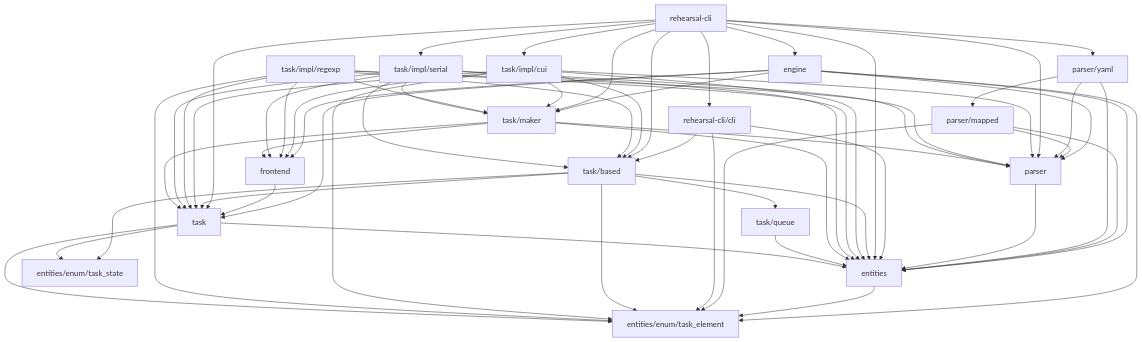
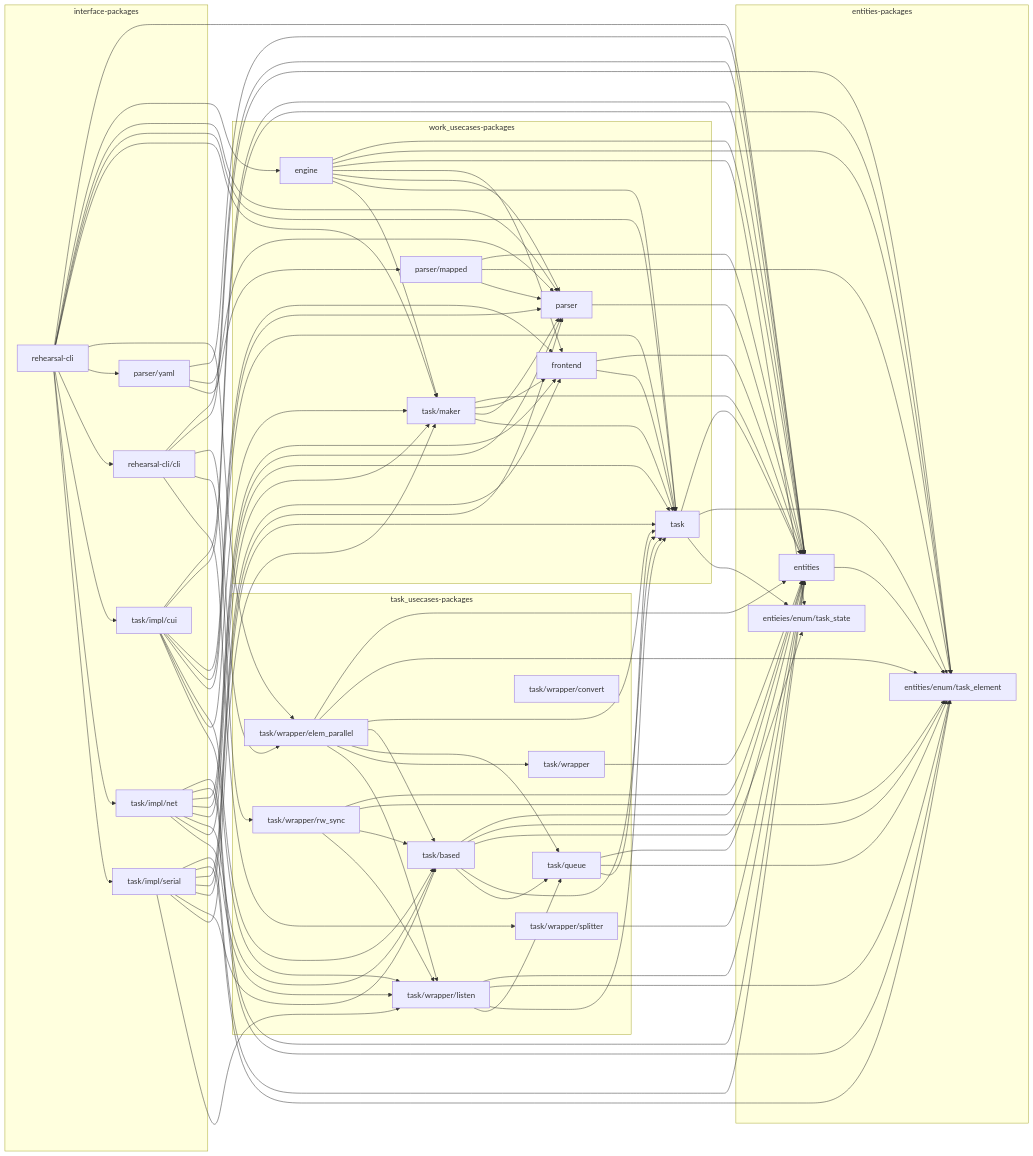
One commit to rehearsal-open/rehearsal changed the diagram in readme.md. Above: the diagram before and after it, drawn with Mermaid. The commit also changed other lines of this file, not shown here.

Commit message:
依存関係表を更新し、縦長にした

````diff
--- a/readme.md
+++ b/readme.md
@@ -52,66 +52,75 @@
 ```mermaid
-graph TD
+graph LR
 
-engine --> entities
-engine --> entities/enum/task_element
-engine --> frontend
-engine --> parser
-engine --> task
-engine --> task/maker
-entities --> entities/enum/task_element
+subgraph entities-packages
+  entities[entities]
+  task_element[entities/enum/task_element]
+  task_state[entieies/enum/task_state]
+end
+
+subgraph task_usecases-packages
+  based[task/based]
+  wrapper[task/wrapper]
+  queue[task/queue]
+  convert[task/wrapper/convert]
+  elem_parallel[task/wrapper/elem_parallel]
+  listen[task/wrapper/listen]
+  rw_sync[task/wrapper/rw_sync]
+  splitter[task/wrapper/splitter]
+end
+
+subgraph work_usecases-packages
+  parser[parser]
+  frontend[frontend]
+  task[task]
+  engine[engine]
+  mapped[parser/mapped]
+  maker[task/maker]
+end
+
+subgraph interface-packages
+  yaml[parser/yaml]
+  cui[task/impl/cui]
+  net[task/impl/net]
+  serial[task/impl/serial]
+  main[rehearsal-cli]
+  cli[rehearsal-cli/cli]
+end
+
+engine --> entities & task_element & task_state
+engine --> frontend & parser & task & maker
+entities --> task_element
+frontend --> entities
 frontend --> task
-parser/mapped --> entities
-parser/mapped --> entities/enum/task_element
-parser/mapped --> parser
-parser/yaml --> entities
-parser/yaml --> parser
-parser/yaml --> parser/mapped
+mapped --> entities & task_element
+mapped --> parser
+yaml --> entities
+yaml --> parser & mapped
 parser --> entities
-rehearsal-cli/cli --> entities
-rehearsal-cli/cli --> entities/enum/task_element
-rehearsal-cli/cli --> task/based
-rehearsal-cli --> engine
-rehearsal-cli --> entities
-rehearsal-cli --> parser
-rehearsal-cli --> parser/yaml
-rehearsal-cli --> rehearsal-cli/cli
-rehearsal-cli --> task
-rehearsal-cli --> task/based
-rehearsal-cli --> task/impl/cui
-rehearsal-cli --> task/impl/serial
-rehearsal-cli --> task/maker
-task/based --> entities
-task/based --> entities/enum/task_element
-task/based --> entities/enum/task_state
-task/based --> task
-task/based --> task/queue
-task/impl/cui --> entities
-task/impl/cui --> entities/enum/task_element
-task/impl/cui --> frontend
-task/impl/cui --> parser
-task/impl/cui --> task
-task/impl/cui --> task/based
-task/impl/cui --> task/maker
-task/impl/regexp --> entities
-task/impl/regexp --> entities/enum/task_element
-task/impl/regexp --> frontend
-task/impl/regexp --> parser
-task/impl/regexp --> task
-task/impl/regexp --> task/based
-task/impl/regexp --> task/maker
-task/impl/serial --> entities
-task/impl/serial --> frontend
-task/impl/serial --> parser
-task/impl/serial --> task
-task/impl/serial --> task/based
-task/impl/serial --> task/maker
-task/maker --> entities
-task/maker --> frontend
-task/maker --> parser
-task/maker --> task
-task/queue --> entities
-task --> entities
-task --> entities/enum/task_element
-task --> entities/enum/task_state
-
+cli --> entities & task_element
+cli --> elem_parallel & rw_sync & splitter
+main --> entities
+main --> engine & parser & task & maker & elem_parallel
+main --> yaml & cli & cui & net & serial
+based --> entities & task_element & task_state
+based --> task & queue
+cui --> entities & task_element
+cui --> frontend & parser & task & based & maker & listen
+net --> entities & task_element
+net --> frontend & parser & task & based & maker & listen
+serial --> entities & task_element
+serial --> frontend & parser & task & based & maker & listen
+maker --> entities
+maker --> frontend & parser & task
+queue --> entities & task_element
+queue --> task
+elem_parallel --> entities & task_element
+elem_parallel --> task & based & queue & wrapper & listen
+listen --> entities & task_element
+listen --> task & queue
+rw_sync --> entities & task_element
+rw_sync --> based & listen
+splitter --> entities
+wrapper --> entities
+task --> entities & task_element & task_state
 ```
````
